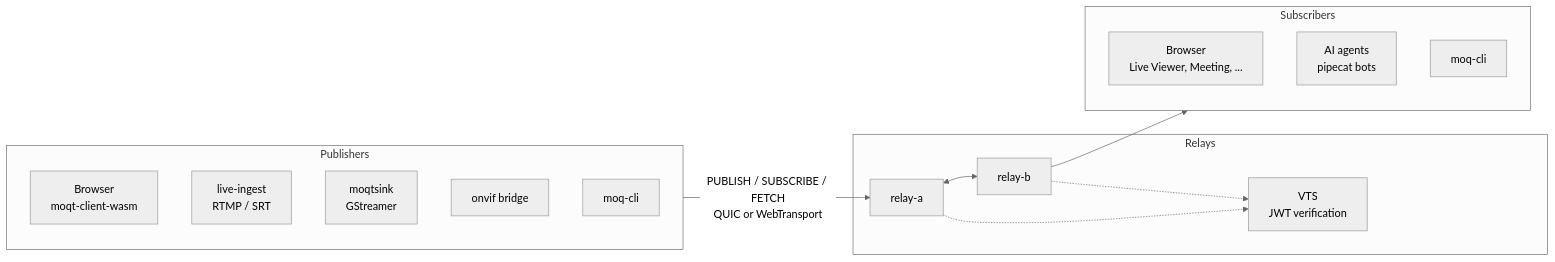
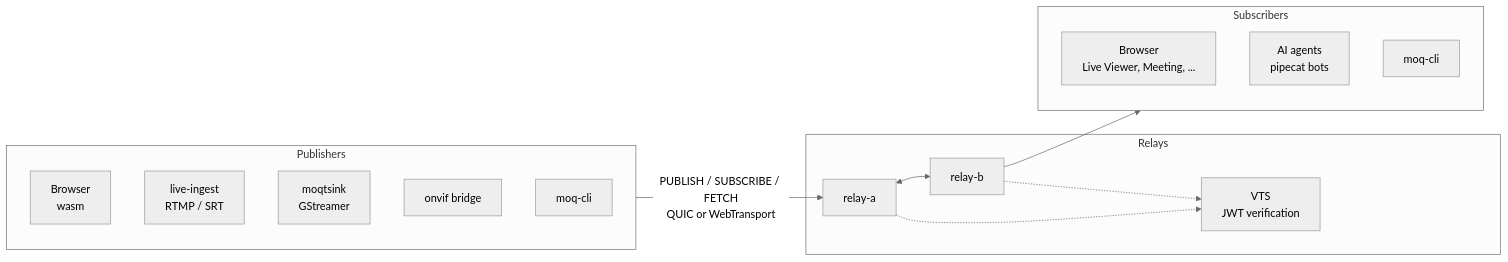
One commit to nttcom/moq-wasm changed the diagram in README.md. Above: the diagram before and after it, drawn with Mermaid (neutral theme). The commit also changed other lines of this file and 52 other files, not shown here.

First line of the commit message:
refactor(wasm): rename the moqt-client-wasm crate to wasm

````diff
--- a/README.md
+++ b/README.md
@@ -83,23 +83,23 @@
 ```mermaid
 flowchart LR
     subgraph Publishers
-        B1[Browser<br/>moqt-client-wasm]
+        B1[Browser<br/>wasm]
         LI[live-ingest<br/>RTMP / SRT]
         GS[moqtsink<br/>GStreamer]
         ON[onvif bridge]
         CLI[moq-cli]
     end
     subgraph Relays
         RA[relay-a] <--> RB[relay-b]
         VTS[VTS<br/>JWT verification]
         RA -.-> VTS
         RB -.-> VTS
     end
     subgraph Subscribers
         B2[Browser<br/>Live Viewer, Meeting, ...]
         BOT[AI agents<br/>pipecat bots]
         CLI2[moq-cli]
     end
     Publishers -- PUBLISH / SUBSCRIBE / FETCH<br/>QUIC or WebTransport --> RA
     RB --> Subscribers
 ```
````
